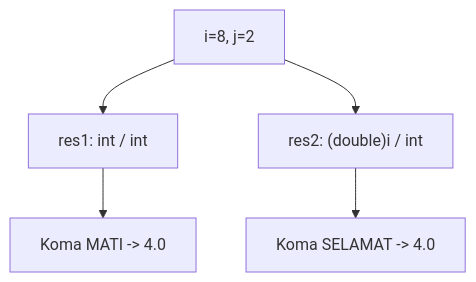
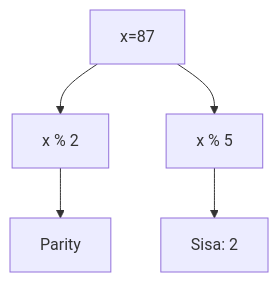
The second of 25 diagrams in part-c-pemahaman-cpp/01-tipe-data/latihan/set-05.md (amnahwaida/OSNK_INF_PREP), drawn with Mermaid before and after one commit. The commit also changed other lines of this file and 71 other files, not shown here.

````diff
--- a/part-c-pemahaman-cpp/01-tipe-data/latihan/set-05.md
+++ b/part-c-pemahaman-cpp/01-tipe-data/latihan/set-05.md
@@ -83,7 +54,7 @@
 ```mermaid
 graph TD
-    A["i=8, j=2"] --> B["res1: int / int"]
-    B --> C["Koma MATI -> 4.0"]
-    A --> D["res2: (double)i / int"]
-    D --> E["Koma SELAMAT -> 4.0"]
+A[x=87] --> B[x % 2]
+B --> C[Parity]
+A --> D[x % 5]
+D --> E[Sisa: 2]
 ```
````
